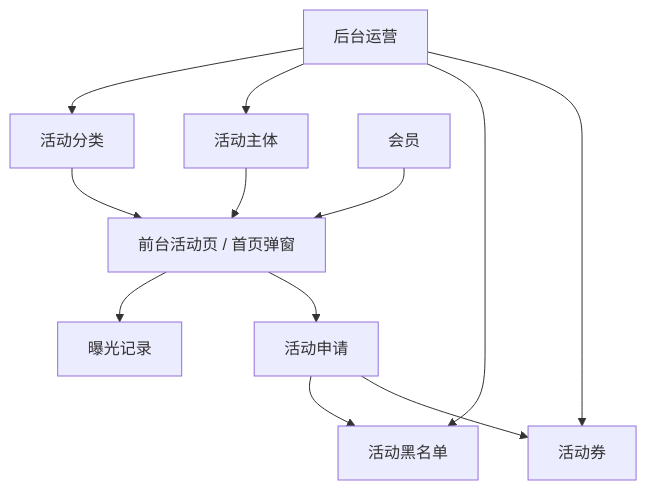
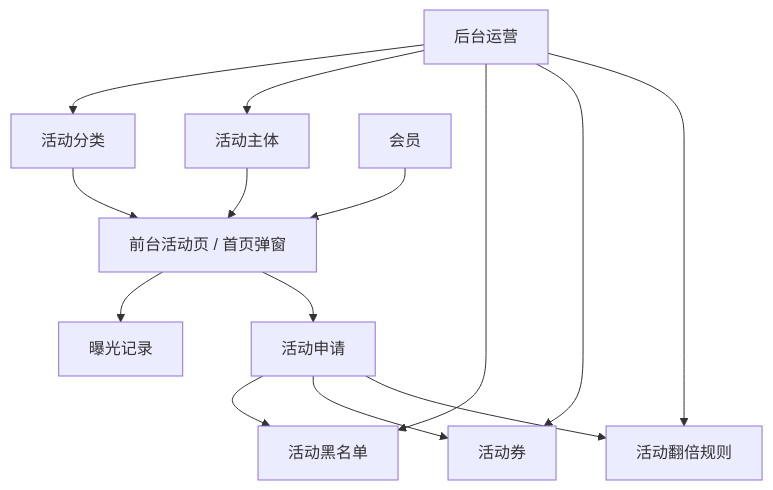
One commit to endian001/javaxiangmu changed the diagram in javaxiangmu-docs/deep-dives/promotion-and-operations-workflow.md. Above: the diagram before and after it, drawn with Mermaid. The commit also changed other lines of this file and 13 other files, not shown here.

````diff
--- a/javaxiangmu-docs/deep-dives/promotion-and-operations-workflow.md
+++ b/javaxiangmu-docs/deep-dives/promotion-and-operations-workflow.md
@@ -20,24 +22,27 @@
 ```mermaid
 flowchart TB
     Admin["后台运营"]
     Activity["活动主体"]
     Category["活动分类"]
     Frontend["前台活动页 / 首页弹窗"]
     Exposure["曝光记录"]
     Apply["活动申请"]
     Blacklist["活动黑名单"]
     Coupon["活动券"]
+    Multiplier["活动翻倍规则"]
     User["会员"]
 
     Admin --> Category
     Admin --> Activity
     Admin --> Blacklist
     Admin --> Coupon
+    Admin --> Multiplier
     Activity --> Frontend
     Category --> Frontend
     Frontend --> Exposure
     User --> Frontend
     Frontend --> Apply
     Apply --> Blacklist
     Apply --> Coupon
+    Apply --> Multiplier
 ```
````
